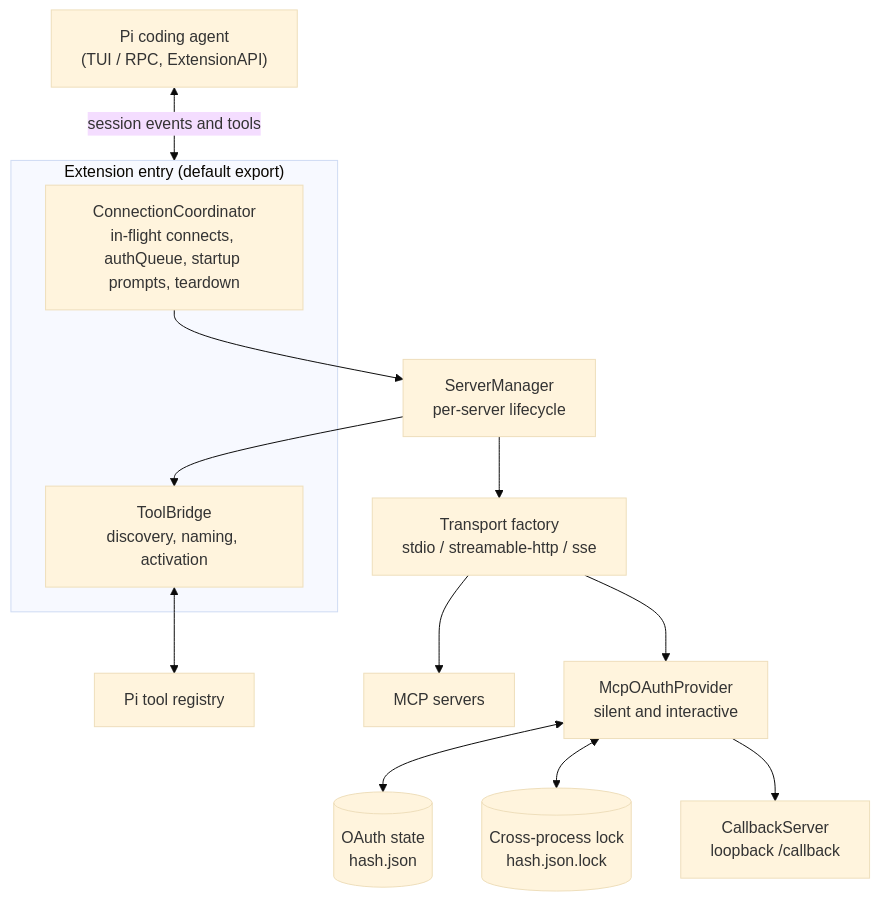
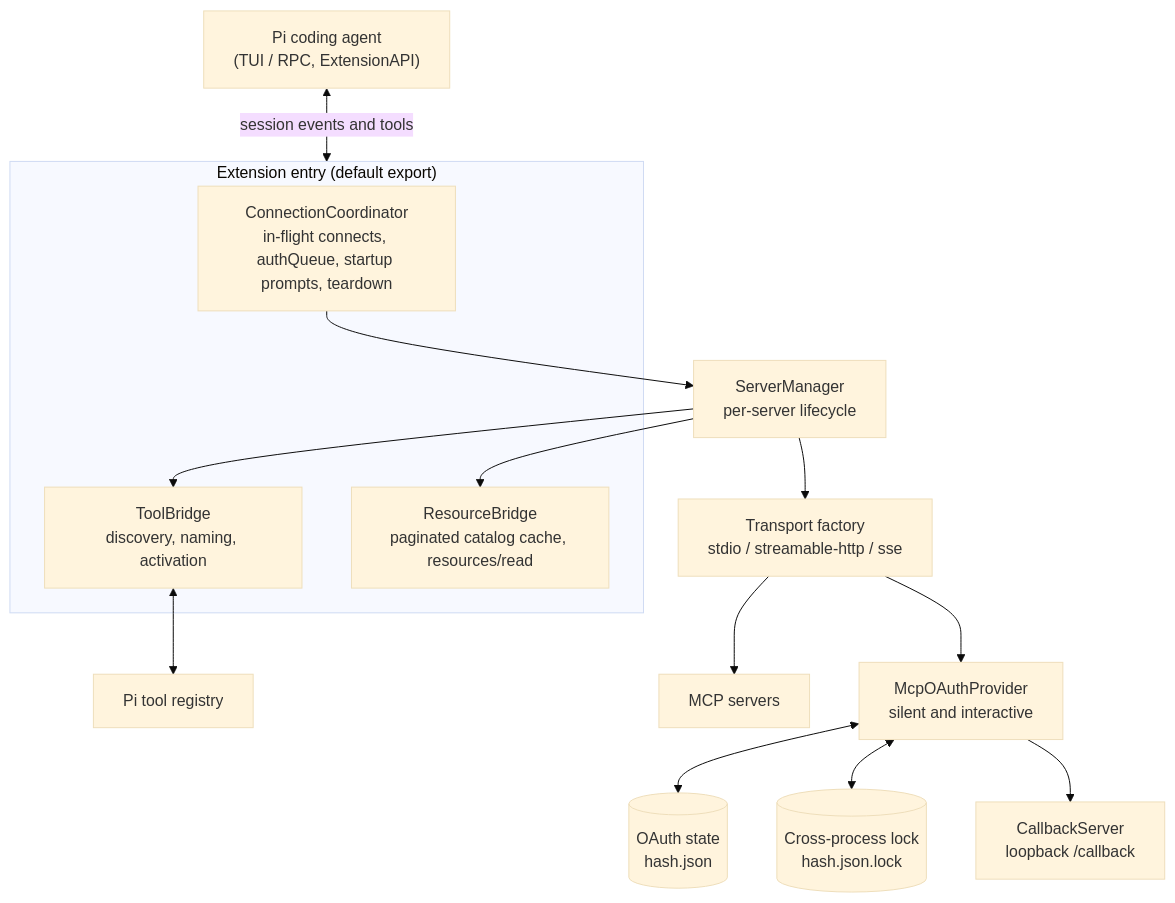
One commit to irahardianto/pi-mcp-extension changed the first of 6 diagrams in docs/ARCHITECTURE.md. Above: the diagram before and after it, drawn with Mermaid (base theme). The commit also changed other lines of this file and 15 other files, not shown here.

First line of the commit message:
feat(resources): bridge MCP resources and templates into Pi tools and /mcp:resources (#245)

````diff
--- a/docs/ARCHITECTURE.md
+++ b/docs/ARCHITECTURE.md
@@ -20,30 +21,32 @@
 ```mermaid
 flowchart TD
     Pi["Pi coding agent<br/>(TUI / RPC, ExtensionAPI)"]
 
     subgraph Entry["Extension entry (default export)"]
         Coord["ConnectionCoordinator<br/>in-flight connects, authQueue, startup prompts, teardown"]
         Bridge["ToolBridge<br/>discovery, naming, activation"]
+        Res["ResourceBridge<br/>paginated catalog cache, resources/read"]
     end
 
     Mgr["ServerManager<br/>per-server lifecycle"]
     Tp["Transport factory<br/>stdio / streamable-http / sse"]
     Provider["McpOAuthProvider<br/>silent and interactive"]
     Cb["CallbackServer<br/>loopback /callback"]
 
     Registry["Pi tool registry"]
     State[("OAuth state<br/>hash.json")]
     Lock[("Cross-process lock<br/>hash.json.lock")]
     Servers["MCP servers"]
 
     Pi <-->|session events and tools| Entry
     Coord --> Mgr
     Mgr --> Tp
     Mgr --> Bridge
+    Mgr --> Res
     Tp --> Servers
     Tp --> Provider
     Provider <--> State
     Provider <--> Lock
     Provider --> Cb
     Bridge <--> Registry
 ```
````
